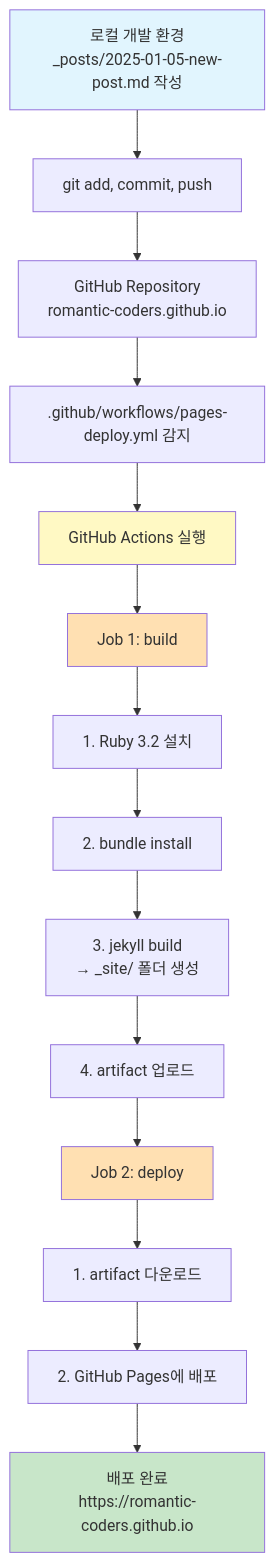
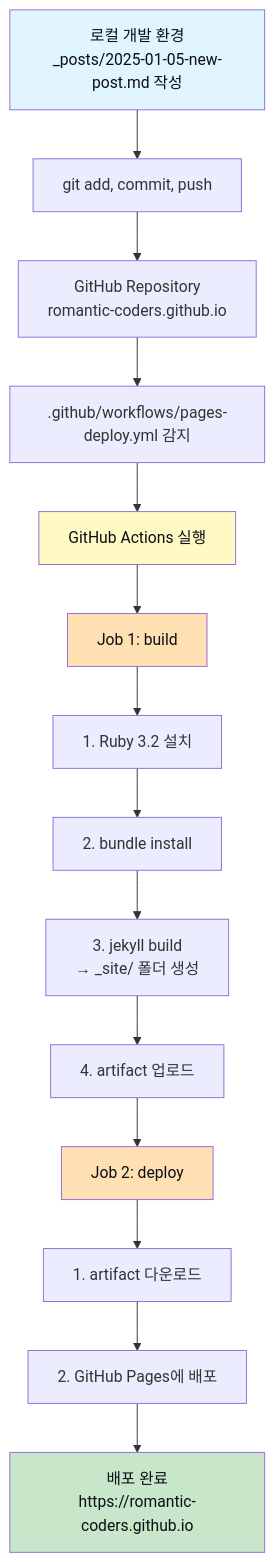
One commit to Romantic-Coders/romantic-coders.github.io changed the first of 7 diagrams in _posts/2025-01-05-building-team-blog-with-jekyll-chirpy.md. Above: the diagram before and after it, drawn with Mermaid. The commit also changed other lines of this file and 1 other file, not shown here.

````diff
--- a/_posts/2025-01-05-building-team-blog-with-jekyll-chirpy.md
+++ b/_posts/2025-01-05-building-team-blog-with-jekyll-chirpy.md
@@ -149,25 +150,25 @@
 ```mermaid
 graph TD
     A[로컬 개발 환경<br/>_posts/2025-01-05-new-post.md 작성] --> B[git add, commit, push]
     B --> C[GitHub Repository<br/>romantic-coders.github.io]
     C --> D[.github/workflows/pages-deploy.yml 감지]
     D --> E[GitHub Actions 실행]
 
     E --> F[Job 1: build]
     F --> F1[1. Ruby 3.2 설치]
     F1 --> F2[2. bundle install]
     F2 --> F3[3. jekyll build<br/>→ _site/ 폴더 생성]
     F3 --> F4[4. artifact 업로드]
 
     F4 --> G[Job 2: deploy]
     G --> G1[1. artifact 다운로드]
     G1 --> G2[2. GitHub Pages에 배포]
 
     G2 --> H[배포 완료<br/>https://romantic-coders.github.io]
 
-    style A fill:#e1f5fe
-    style H fill:#c8e6c9
-    style E fill:#fff9c4
-    style F fill:#ffe0b2
-    style G fill:#ffe0b2
+    style A fill:#e1f5fe,color:#0b0f14
+    style H fill:#c8e6c9,color:#0b0f14
+    style E fill:#fff9c4,color:#0b0f14
+    style F fill:#ffe0b2,color:#0b0f14
+    style G fill:#ffe0b2,color:#0b0f14
 ```
````
